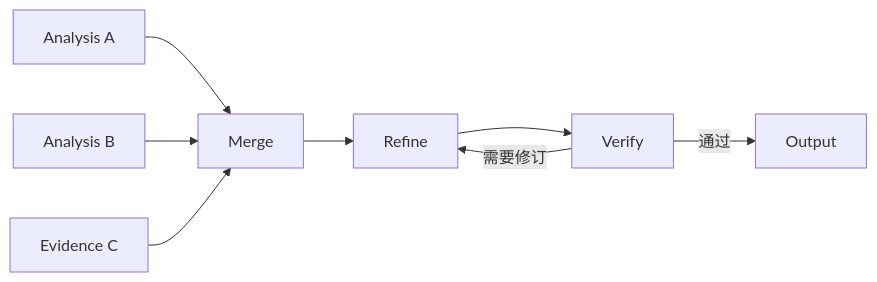
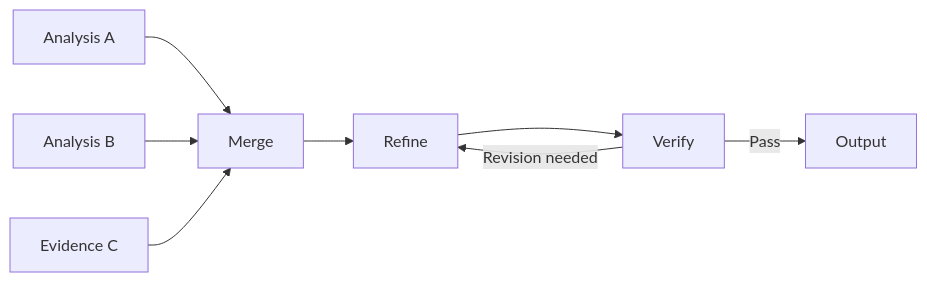
One commit to oneleaveknowsthefall/awesome-ai-roadmap changed the sixth of 17 diagrams in docs/agent/02-reasoning-planning/11-llm-agent-planning.md. Above: the diagram before and after it, drawn with Mermaid. The commit also changed other lines of this file and 68 other files, not shown here.

````diff
--- a/docs/agent/02-reasoning-planning/11-llm-agent-planning.md
+++ b/docs/agent/02-reasoning-planning/11-llm-agent-planning.md
@@ -345,10 +345,10 @@
 ```mermaid
 flowchart LR
     A[Analysis A] --> M[Merge]
     B[Analysis B] --> M
     C[Evidence C] --> M
     M --> R[Refine]
     R --> V[Verify]
-    V -->|需要修订| R
-    V -->|通过| O[Output]
+    V -->|Revision needed| R
+    V -->|Pass| O[Output]
 ```
````
